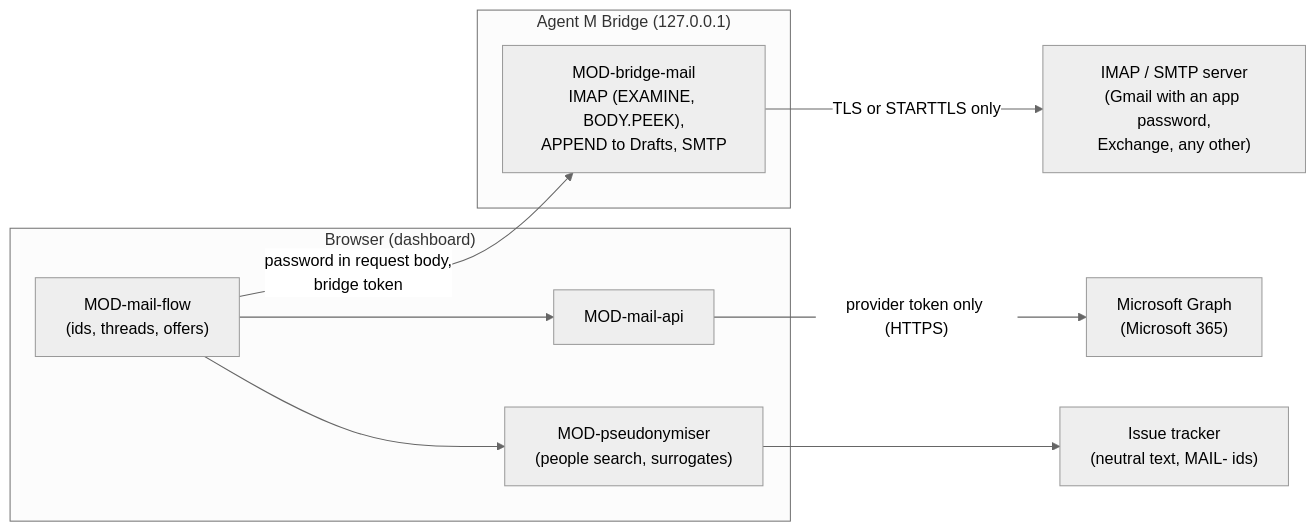
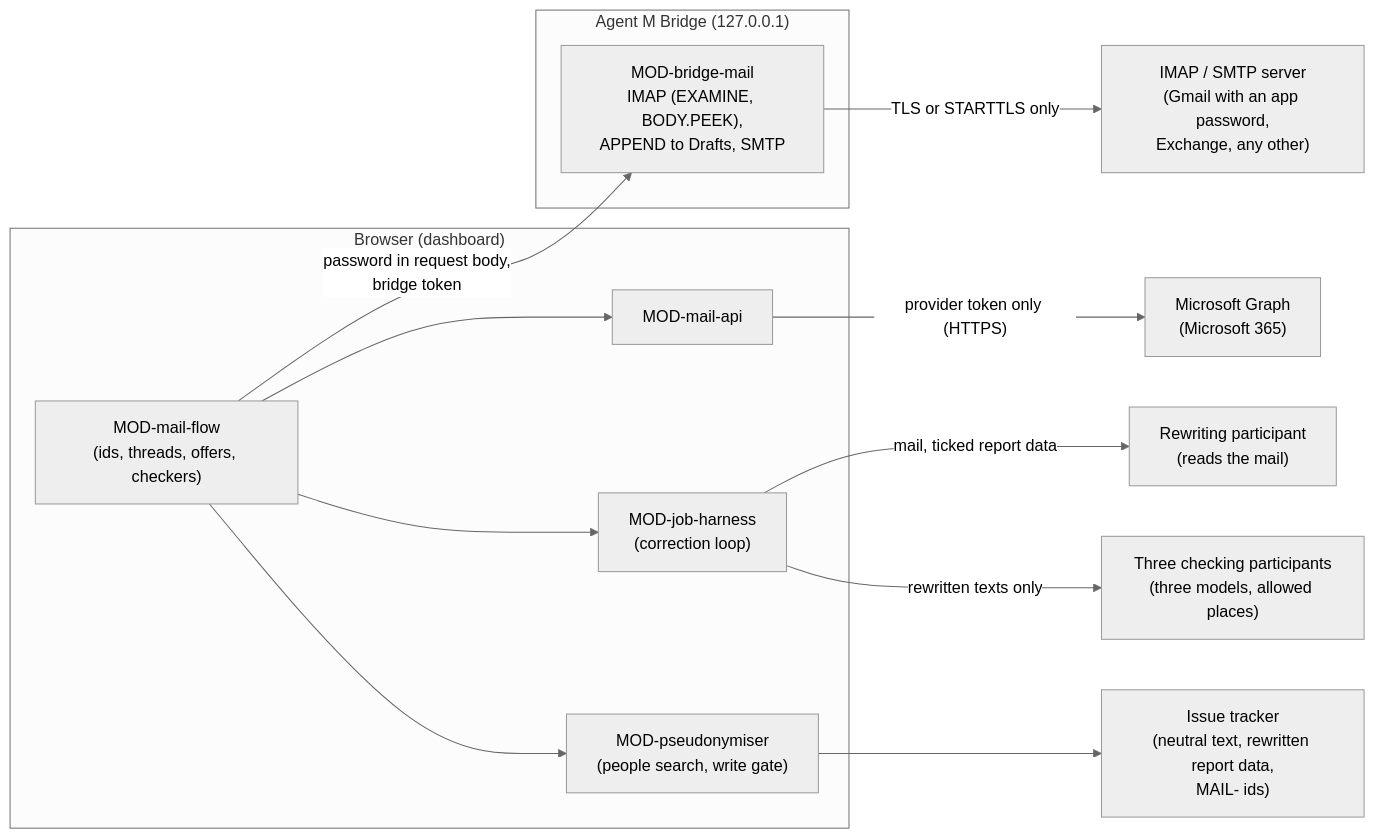
Before and after one commit to akmaier/agent-m: the diagram in docs/architecture/ARC-014-two-mail-routes-and-pseudonymisation.md, drawn with Mermaid (neutral theme). The commit also changed other lines of this file and 7 other files, not shown here.

First line of the commit message:
docs(architecture): report data rewritten without persons, checked by three LLMs — no surrogates (queue 2026-09-30k)

````diff
--- a/docs/architecture/ARC-014-two-mail-routes-and-pseudonymisation.md
+++ b/docs/architecture/ARC-014-two-mail-routes-and-pseudonymisation.md
@@ -58,17 +70,23 @@
 ```mermaid
 flowchart LR
     subgraph BROWSER["Browser (dashboard)"]
-        FLOW["MOD-mail-flow<br/>(ids, threads, offers)"]
-        PS["MOD-pseudonymiser<br/>(people search, surrogates)"]
+        FLOW["MOD-mail-flow<br/>(ids, threads, offers, checkers)"]
+        JH["MOD-job-harness<br/>(correction loop)"]
+        PS["MOD-pseudonymiser<br/>(people search, write gate)"]
         API["MOD-mail-api"]
     end
     subgraph BR["Agent M Bridge (127.0.0.1)"]
         BM["MOD-bridge-mail<br/>IMAP (EXAMINE, BODY.PEEK),<br/>APPEND to Drafts, SMTP"]
     end
     G["Microsoft Graph<br/>(Microsoft 365)"]
     S["IMAP / SMTP server<br/>(Gmail with an app password,<br/>Exchange, any other)"]
-    IT["Issue tracker<br/>(neutral text, MAIL- ids)"]
+    RW["Rewriting participant<br/>(reads the mail)"]
+    CK["Three checking participants<br/>(three models, allowed places)"]
+    IT["Issue tracker<br/>(neutral text, rewritten report data,<br/>MAIL- ids)"]
     FLOW --> API -->|"provider token only (HTTPS)"| G
     FLOW -->|"password in request body,<br/>bridge token"| BM -->|"TLS or STARTTLS only"| S
+    FLOW --> JH
+    JH -->|"mail, ticked report data"| RW
+    JH -->|"rewritten texts only"| CK
     FLOW --> PS --> IT
 ```
````
